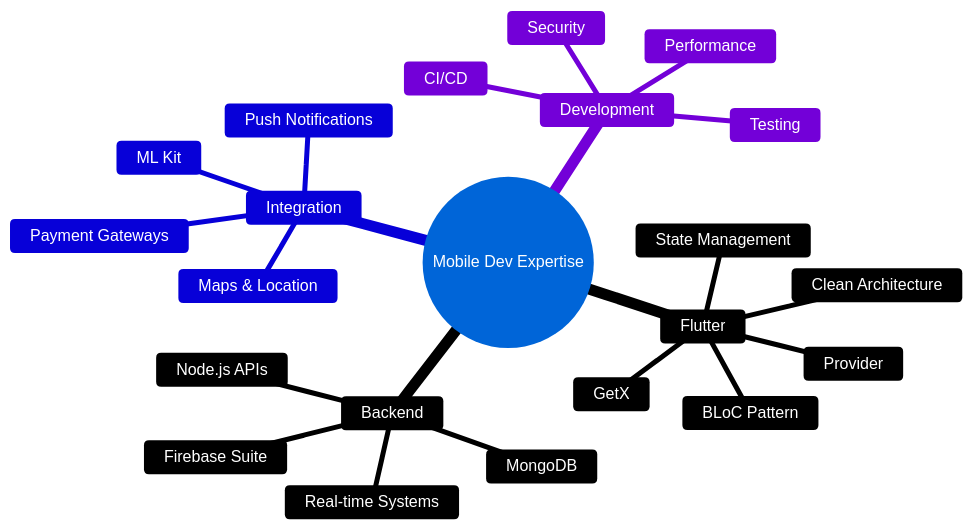
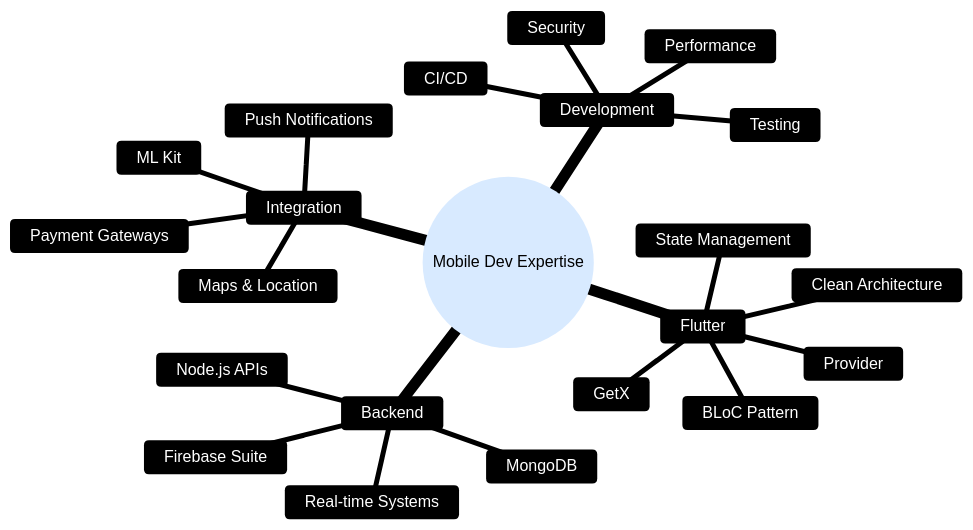
The diagram in README.md (codexahmar/CodeXahmar), drawn with Mermaid before and after one commit.

Commit message:
Update Mermaid diagram theme variables for improved readability

````diff
--- a/README.md
+++ b/README.md
@@ -224,26 +224,26 @@
 ```mermaid
-%%{init: {'theme':'base', 'themeVariables': { 'primaryColor':'#58a6ff', 'primaryTextColor':'#ffffff', 'primaryBorderColor':'#58a6ff', 'lineColor':'#58a6ff', 'secondaryColor':'#1a1f35', 'tertiaryColor':'#0d1117', 'fontSize':'16px', 'fontFamily':'Arial'}}}%%
+%%{init: {'theme':'base', 'themeVariables': { 'primaryColor':'#58a6ff', 'primaryTextColor':'#ffffff', 'secondaryTextColor':'#ffffff', 'tertiaryTextColor':'#ffffff', 'primaryBorderColor':'#58a6ff', 'lineColor':'#58a6ff', 'secondaryColor':'#1a1f35', 'tertiaryColor':'#0d1117', 'noteBkgColor':'#58a6ff', 'noteTextColor':'#ffffff', 'textColor':'#ffffff', 'mainBkg':'#58a6ff', 'secondBkg':'#1a1f35', 'tertiaryBorderColor':'#58a6ff', 'fontSize':'16px', 'fontFamily':'Arial', 'darkMode':'true'}}}%%
 mindmap
   root((Mobile Dev Expertise))
     Flutter
       Clean Architecture
       State Management
       BLoC Pattern
       Provider
       GetX
     Backend
       Firebase Suite
       Node.js APIs
       MongoDB
       Real-time Systems
     Integration
       Payment Gateways
       Maps & Location
       Push Notifications
       ML Kit
     Development
       CI/CD
       Testing
       Performance
       Security
 ```
````
